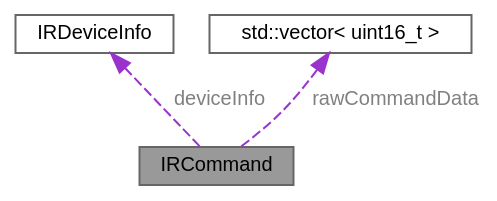
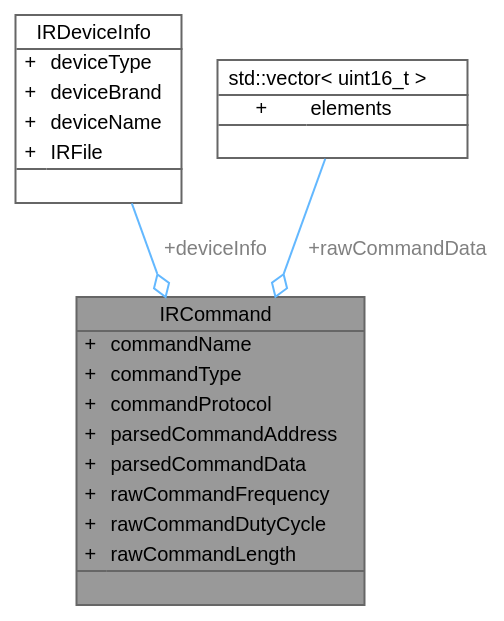
Before and after one commit to Jonathan-0101/skeletonKey: the diagram in structIRCommand__coll__graph.dot, drawn with Graphviz. The commit also changed 31 other files, not shown here.

```diff
--- a/structIRCommand__coll__graph.dot
+++ b/structIRCommand__coll__graph.dot
@@ -1,12 +1,40 @@
 digraph "IRCommand"
 {
  // LATEX_PDF_SIZE
   bgcolor="transparent";
   edge [fontname=Helvetica,fontsize=10,labelfontname=Helvetica,labelfontsize=10];
   node [fontname=Helvetica,fontsize=10,shape=box,height=0.2,width=0.4];
-  Node1 [id="Node000001",label="IRCommand",height=0.2,width=0.4,color="gray40", fillcolor="grey60", style="filled", fontcolor="black",tooltip="Struct to store IR command information."];
-  Node2 -> Node1 [id="edge1_Node000001_Node000002",dir="back",color="darkorchid3",style="dashed",tooltip=" ",label=" deviceInfo",fontcolor="grey" ];
-  Node2 [id="Node000002",label="IRDeviceInfo",height=0.2,width=0.4,color="gray40", fillcolor="white", style="filled",URL="$structIRDeviceInfo.html",tooltip="Struct to store IR device information."];
-  Node3 -> Node1 [id="edge2_Node000001_Node000003",dir="back",color="darkorchid3",style="dashed",tooltip=" ",label=" rawCommandData",fontcolor="grey" ];
-  Node3 [id="Node000003",label="std::vector\< uint16_t \>",height=0.2,width=0.4,color="gray40", fillcolor="white", style="filled",tooltip=" "];
+  Node1 [id="Node000001",shape=plain,label=<<TABLE CELLBORDER="0" BORDER="1"><TR><TD COLSPAN="2" CELLPADDING="1" CELLSPACING="0">IRCommand</TD></TR>
+<HR/>
+<TR><TD VALIGN="top" CELLPADDING="1" CELLSPACING="0">+</TD><TD VALIGN="top" ALIGN="LEFT" CELLPADDING="1" CELLSPACING="0">commandName<BR ALIGN="LEFT"/></TD></TR>
+<TR><TD VALIGN="top" CELLPADDING="1" CELLSPACING="0">+</TD><TD VALIGN="top" ALIGN="LEFT" CELLPADDING="1" CELLSPACING="0">commandType<BR ALIGN="LEFT"/></TD></TR>
+<TR><TD VALIGN="top" CELLPADDING="1" CELLSPACING="0">+</TD><TD VALIGN="top" ALIGN="LEFT" CELLPADDING="1" CELLSPACING="0">commandProtocol<BR ALIGN="LEFT"/></TD></TR>
+<TR><TD VALIGN="top" CELLPADDING="1" CELLSPACING="0">+</TD><TD VALIGN="top" ALIGN="LEFT" CELLPADDING="1" CELLSPACING="0">parsedCommandAddress<BR ALIGN="LEFT"/></TD></TR>
+<TR><TD VALIGN="top" CELLPADDING="1" CELLSPACING="0">+</TD><TD VALIGN="top" ALIGN="LEFT" CELLPADDING="1" CELLSPACING="0">parsedCommandData<BR ALIGN="LEFT"/></TD></TR>
+<TR><TD VALIGN="top" CELLPADDING="1" CELLSPACING="0">+</TD><TD VALIGN="top" ALIGN="LEFT" CELLPADDING="1" CELLSPACING="0">rawCommandFrequency<BR ALIGN="LEFT"/></TD></TR>
+<TR><TD VALIGN="top" CELLPADDING="1" CELLSPACING="0">+</TD><TD VALIGN="top" ALIGN="LEFT" CELLPADDING="1" CELLSPACING="0">rawCommandDutyCycle<BR ALIGN="LEFT"/></TD></TR>
+<TR><TD VALIGN="top" CELLPADDING="1" CELLSPACING="0">+</TD><TD VALIGN="top" ALIGN="LEFT" CELLPADDING="1" CELLSPACING="0">rawCommandLength<BR ALIGN="LEFT"/></TD></TR>
+<HR/>
+<TR><TD COLSPAN="2" CELLPADDING="1" CELLSPACING="0">&nbsp;</TD></TR>
+</TABLE>>
+,height=0.2,width=0.4,color="gray40", fillcolor="grey60", style="filled", fontcolor="black",tooltip="Struct to store IR command information."];
+  Node2 -> Node1 [id="edge1_Node000001_Node000002",color="steelblue1",style="solid",tooltip=" ",label=" +deviceInfo",fontcolor="grey" ,arrowhead="odiamond"];
+  Node2 [id="Node000002",shape=plain,label=<<TABLE CELLBORDER="0" BORDER="1"><TR><TD COLSPAN="2" CELLPADDING="1" CELLSPACING="0">IRDeviceInfo</TD></TR>
+<HR/>
+<TR><TD VALIGN="top" CELLPADDING="1" CELLSPACING="0">+</TD><TD VALIGN="top" ALIGN="LEFT" CELLPADDING="1" CELLSPACING="0">deviceType<BR ALIGN="LEFT"/></TD></TR>
+<TR><TD VALIGN="top" CELLPADDING="1" CELLSPACING="0">+</TD><TD VALIGN="top" ALIGN="LEFT" CELLPADDING="1" CELLSPACING="0">deviceBrand<BR ALIGN="LEFT"/></TD></TR>
+<TR><TD VALIGN="top" CELLPADDING="1" CELLSPACING="0">+</TD><TD VALIGN="top" ALIGN="LEFT" CELLPADDING="1" CELLSPACING="0">deviceName<BR ALIGN="LEFT"/></TD></TR>
+<TR><TD VALIGN="top" CELLPADDING="1" CELLSPACING="0">+</TD><TD VALIGN="top" ALIGN="LEFT" CELLPADDING="1" CELLSPACING="0">IRFile<BR ALIGN="LEFT"/></TD></TR>
+<HR/>
+<TR><TD COLSPAN="2" CELLPADDING="1" CELLSPACING="0">&nbsp;</TD></TR>
+</TABLE>>
+,height=0.2,width=0.4,color="gray40", fillcolor="white", style="filled",URL="$structIRDeviceInfo.html",tooltip="Struct to store IR device information."];
+  Node3 -> Node1 [id="edge2_Node000001_Node000003",color="steelblue1",style="solid",tooltip=" ",label=" +rawCommandData",fontcolor="grey" ,arrowhead="odiamond"];
+  Node3 [id="Node000003",shape=plain,label=<<TABLE CELLBORDER="0" BORDER="1"><TR><TD COLSPAN="2" CELLPADDING="1" CELLSPACING="0">std::vector&lt; uint16_t &gt;</TD></TR>
+<HR/>
+<TR><TD VALIGN="top" CELLPADDING="1" CELLSPACING="0">+</TD><TD VALIGN="top" ALIGN="LEFT" CELLPADDING="1" CELLSPACING="0">elements<BR ALIGN="LEFT"/></TD></TR>
+<HR/>
+<TR><TD COLSPAN="2" CELLPADDING="1" CELLSPACING="0">&nbsp;</TD></TR>
+</TABLE>>
+,height=0.2,width=0.4,color="gray40", fillcolor="white", style="filled",tooltip=" "];
 }
```
